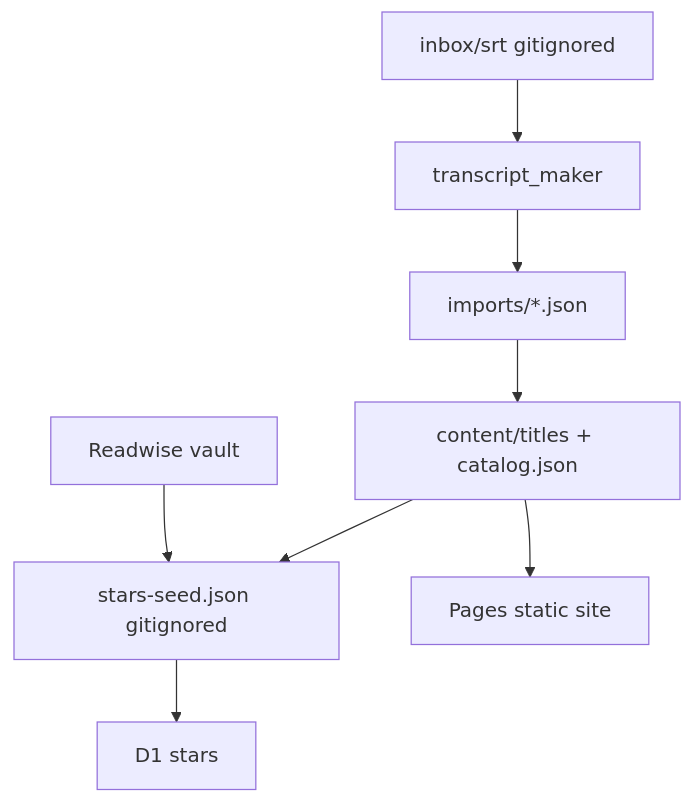
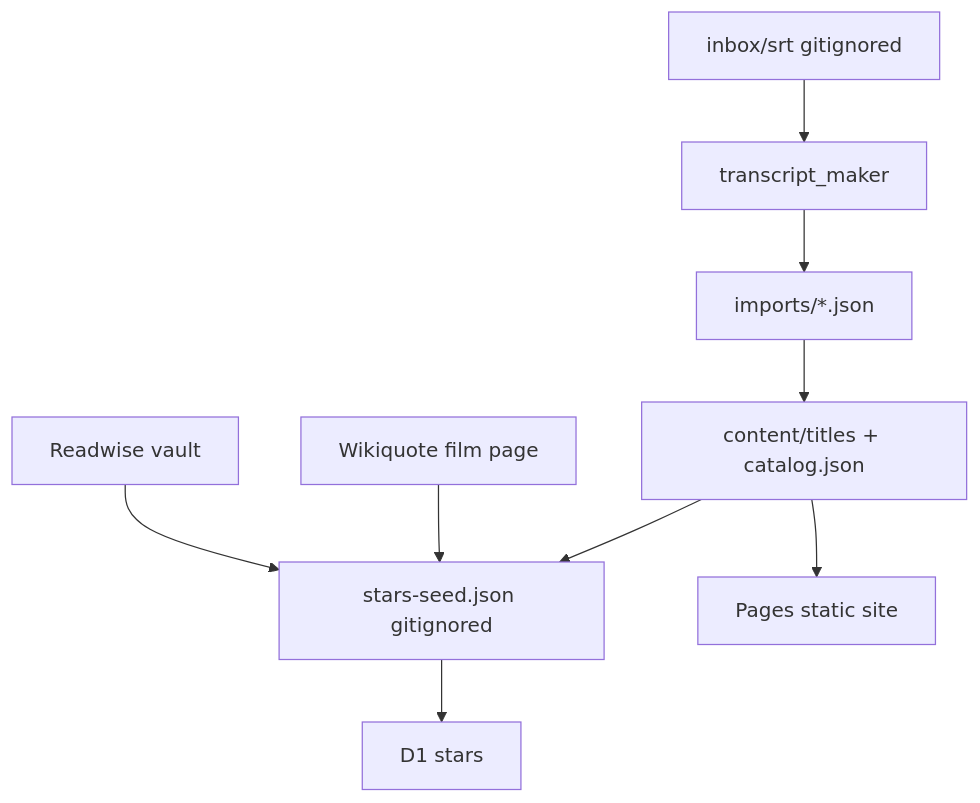
Before and after one commit to CLocs/textline-nextline: the diagram in .cursor/skills/content-ingest/SKILL.md, drawn with Mermaid. The commit also changed other lines of this file and 10 other files, not shown here.

````diff
--- a/.cursor/skills/content-ingest/SKILL.md
+++ b/.cursor/skills/content-ingest/SKILL.md
@@ -57,14 +68,16 @@
 ```mermaid
 flowchart TD
   inbox["inbox/srt gitignored"]
   maker["transcript_maker"]
   imports["imports/*.json"]
   titles["content/titles + catalog.json"]
   vault["Readwise vault"]
+  wiki["Wikiquote film page"]
   seed["stars-seed.json gitignored"]
   d1["D1 stars"]
   pages["Pages static site"]
   inbox --> maker --> imports --> titles --> pages
   vault --> seed
+  wiki --> seed
   titles --> seed --> d1
 ```
````
